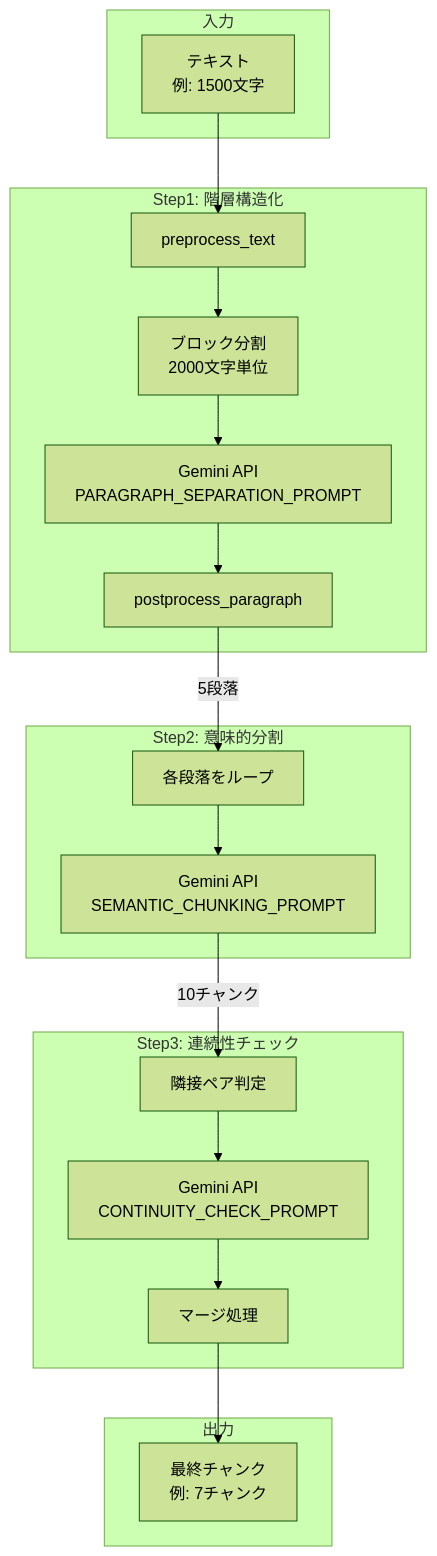
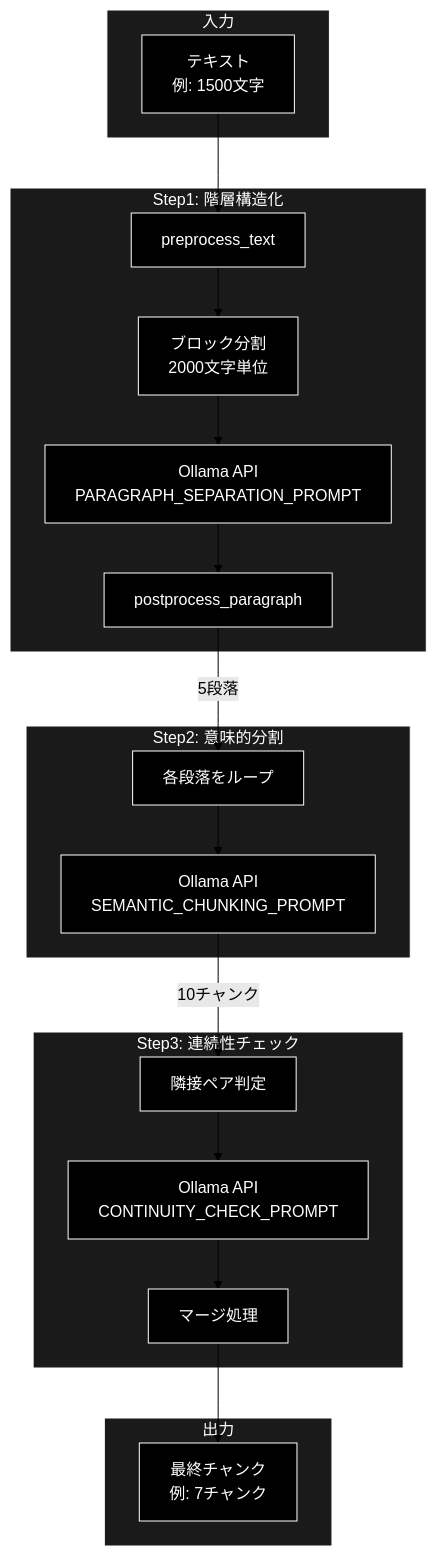
One commit to nakashima2toshio/ollama_grace_agent_v2 changed the ninth of 9 diagrams in chunking/doc/step1_2_3.md. Above: the diagram before and after it, drawn with Mermaid (forest theme). The commit also changed other lines of this file and 13 other files, not shown here.

First line of the commit message:
chunking: Ollama ネイティブ化（コード/コメント/ドキュメントの Gemini→Ollama 全面置換）

````diff
--- a/chunking/doc/step1_2_3.md
+++ b/chunking/doc/step1_2_3.md
@@ -676,39 +716,47 @@
 ```mermaid
 flowchart TB
     subgraph INPUT["入力"]
         TEXT[テキスト<br>例: 1500文字]
     end
 
     subgraph STEP1["Step1: 階層構造化"]
         S1_PRE[preprocess_text]
         S1_BLOCK[ブロック分割<br>2000文字単位]
-        S1_API[Gemini API<br>PARAGRAPH_SEPARATION_PROMPT]
+        S1_API[Ollama API<br>PARAGRAPH_SEPARATION_PROMPT]
         S1_POST[postprocess_paragraph]
     end
 
     subgraph STEP2["Step2: 意味的分割"]
         S2_LOOP[各段落をループ]
-        S2_API[Gemini API<br>SEMANTIC_CHUNKING_PROMPT]
+        S2_API[Ollama API<br>SEMANTIC_CHUNKING_PROMPT]
     end
 
     subgraph STEP3["Step3: 連続性チェック"]
         S3_PAIR[隣接ペア判定]
-        S3_API[Gemini API<br>CONTINUITY_CHECK_PROMPT]
+        S3_API[Ollama API<br>CONTINUITY_CHECK_PROMPT]
         S3_MERGE[マージ処理]
     end
 
     subgraph OUTPUT["出力"]
         RESULT[最終チャンク<br>例: 7チャンク]
     end
 
     TEXT --> S1_PRE
     S1_PRE --> S1_BLOCK
     S1_BLOCK --> S1_API
     S1_API --> S1_POST
     S1_POST -->|"5段落"| S2_LOOP
     S2_LOOP --> S2_API
     S2_API -->|"10チャンク"| S3_PAIR
     S3_PAIR --> S3_API
     S3_API --> S3_MERGE
     S3_MERGE --> RESULT
+classDef default fill:#000,stroke:#fff,color:#fff
+classDef subgraphStyle fill:#1a1a1a,stroke:#fff,color:#fff
+class TEXT,S1_PRE,S1_BLOCK,S1_API,S1_POST,S2_LOOP,S2_API,S3_PAIR,S3_API,S3_MERGE,RESULT default
+style INPUT fill:#1a1a1a,stroke:#fff,color:#fff
+style STEP1 fill:#1a1a1a,stroke:#fff,color:#fff
+style STEP2 fill:#1a1a1a,stroke:#fff,color:#fff
+style STEP3 fill:#1a1a1a,stroke:#fff,color:#fff
+style OUTPUT fill:#1a1a1a,stroke:#fff,color:#fff
 ```
````
